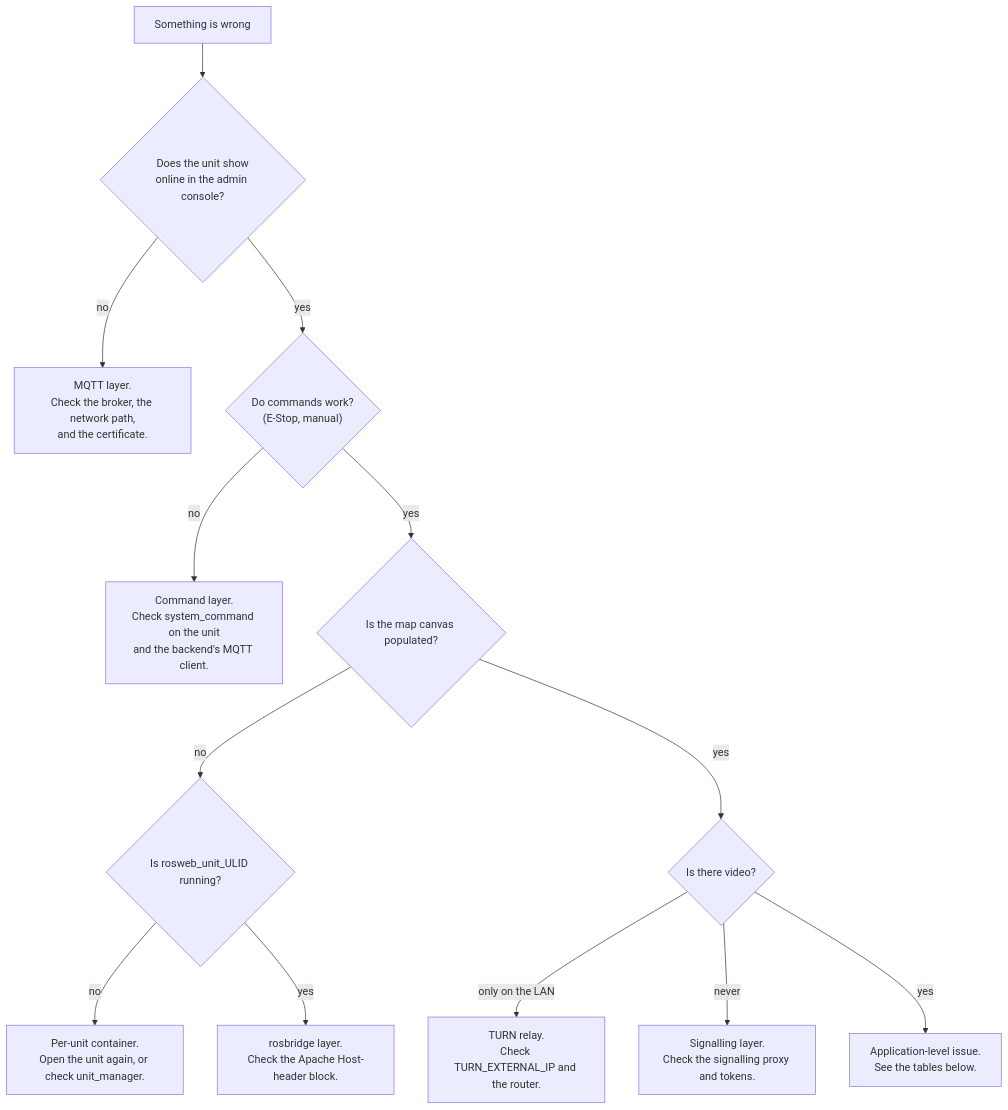
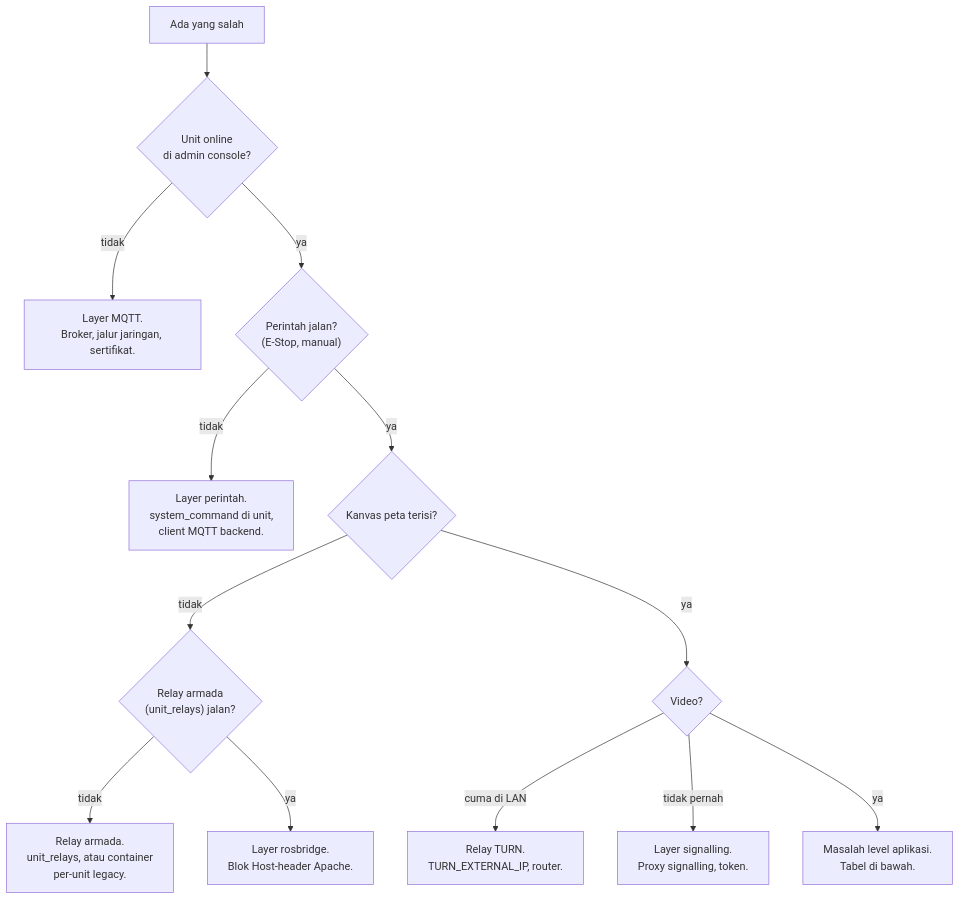
The diagram in docs/id/setup/troubleshooting.md (itbdelaboprogramming/msd700_documentation), drawn with Mermaid before and after one commit. The commit also changed other lines of this file and 110 other files, not shown here.

````diff
--- a/docs/id/setup/troubleshooting.md
+++ b/docs/id/setup/troubleshooting.md
@@ -9,15 +9,15 @@
 ```mermaid
 flowchart TB
-  A["Something is wrong"] --> B{"Does the unit show<br/>online in the admin console?"}
-  B -->|no| C["MQTT layer.<br/>Check the broker, the network path,<br/>and the certificate."]
-  B -->|yes| D{"Do commands work?<br/>(E-Stop, manual)"}
-  D -->|no| E["Command layer.<br/>Check system_command on the unit<br/>and the backend's MQTT client."]
-  D -->|yes| F{"Is the map canvas populated?"}
-  F -->|no| G{"Is rosweb_unit_ULID running?"}
-  G -->|no| H["Per-unit container.<br/>Open the unit again, or check unit_manager."]
-  G -->|yes| I["rosbridge layer.<br/>Check the Apache Host-header block."]
-  F -->|yes| J{"Is there video?"}
-  J -->|"only on the LAN"| K["TURN relay.<br/>Check TURN_EXTERNAL_IP and the router."]
-  J -->|"never"| L["Signalling layer.<br/>Check the signalling proxy and tokens."]
-  J -->|yes| M["Application-level issue.<br/>See the tables below."]
+  A["Ada yang salah"] --> B{"Unit online<br/>di admin console?"}
+  B -->|tidak| C["Layer MQTT.<br/>Broker, jalur jaringan, sertifikat."]
+  B -->|ya| D{"Perintah jalan?<br/>(E-Stop, manual)"}
+  D -->|tidak| E["Layer perintah.<br/>system_command di unit,<br/>client MQTT backend."]
+  D -->|ya| F{"Kanvas peta terisi?"}
+  F -->|tidak| G{"Relay armada<br/>(unit_relays) jalan?"}
+  G -->|tidak| H["Relay armada.<br/>unit_relays, atau container<br/>per-unit legacy."]
+  G -->|ya| I["Layer rosbridge.<br/>Blok Host-header Apache."]
+  F -->|ya| J{"Video?"}
+  J -->|"cuma di LAN"| K["Relay TURN.<br/>TURN_EXTERNAL_IP, router."]
+  J -->|"tidak pernah"| L["Layer signalling.<br/>Proxy signalling, token."]
+  J -->|ya| M["Masalah level aplikasi.<br/>Tabel di bawah."]
 ```
````
